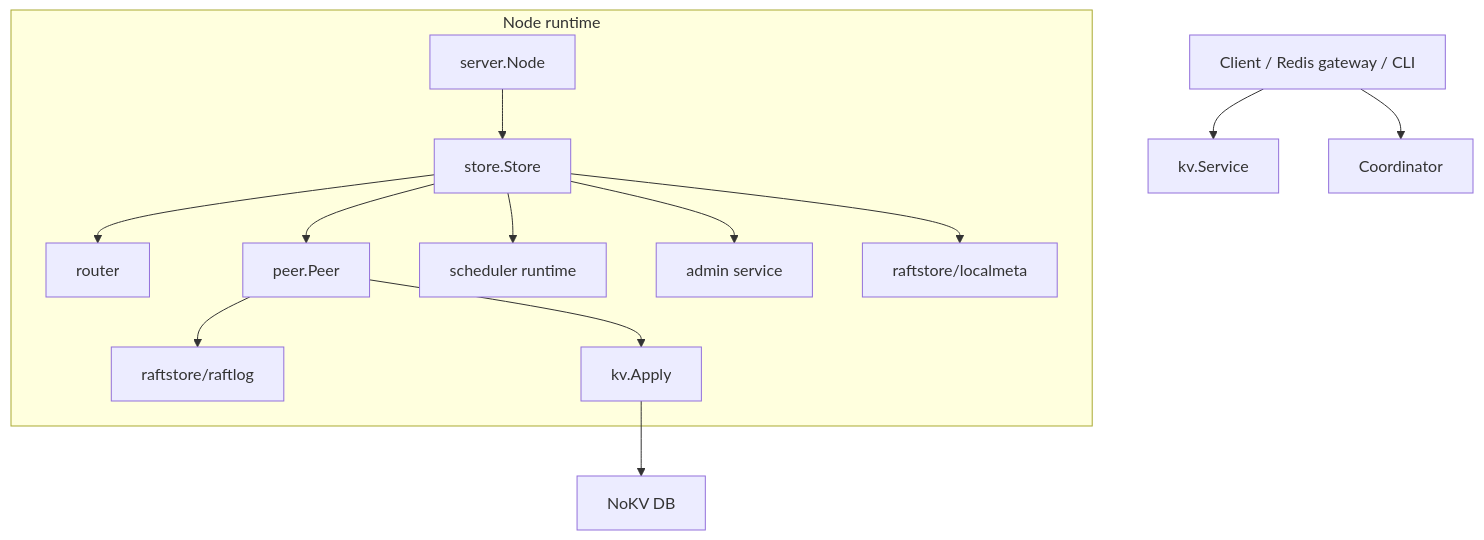
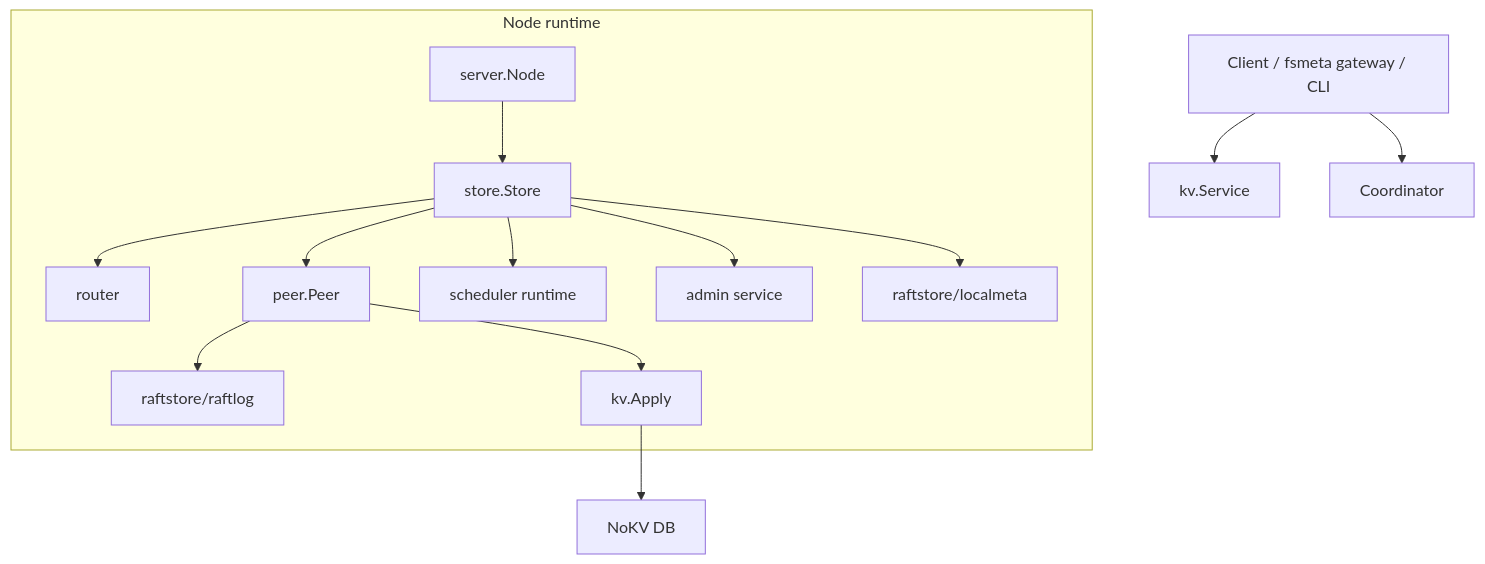
One commit to feichai0017/NoKV changed the first of 2 diagrams in docs/raftstore.md. Above: the diagram before and after it, drawn with Mermaid. The commit also changed other lines of this file and 38 other files, not shown here.

````diff
--- a/docs/raftstore.md
+++ b/docs/raftstore.md
@@ -34,19 +34,19 @@
 ```mermaid
 flowchart TD
-    Client["Client / Redis gateway / CLI"]
+    Client["Client / fsmeta gateway / CLI"]
     Client --> KV["kv.Service"]
     Client --> Coordinator["Coordinator"]
 
     subgraph "Node runtime"
         Server["server.Node"] --> Store["store.Store"]
         Store --> Router["router"]
         Store --> Peer["peer.Peer"]
         Store --> Scheduler["scheduler runtime"]
         Store --> Admin["admin service"]
         Store --> Meta["raftstore/localmeta"]
         Peer --> Engine["raftstore/raftlog"]
         Peer --> Apply["kv.Apply"]
     end
 
     Apply --> DB["NoKV DB"]
 ```
````
